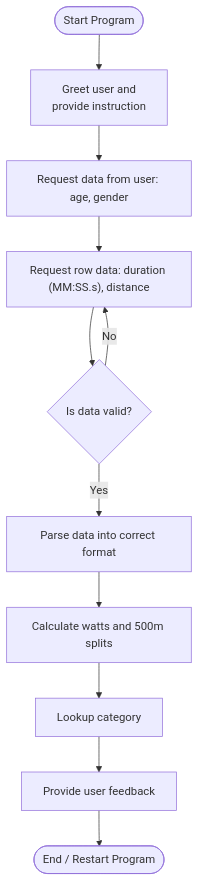
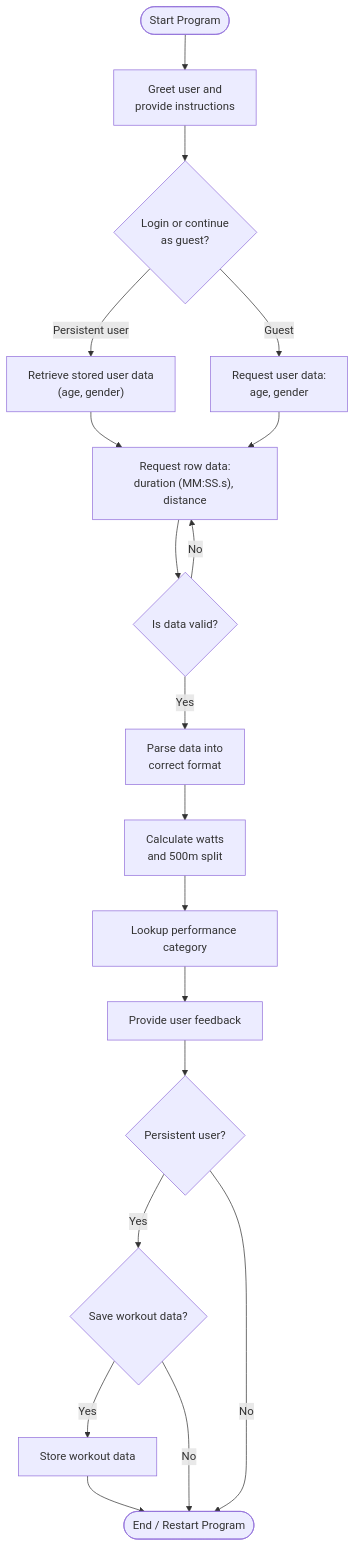
The diagram in README.md (geraldine-mor/row_assist), drawn with Mermaid before and after one commit. The commit also changed other lines of this file and 8 other files, not shown here.

Commit message:
Update readme to include mode selection and save data

````diff
--- a/README.md
+++ b/README.md
@@ -105,18 +128,32 @@
 ```mermaid
+---
+config:
+  theme: mc
+---
 flowchart TD
     A([Start Program])
-    A --> B["Greet user and<br/>provide instruction"]
+    A --> B["Greet user and<br/>provide instructions"]
 
-    B --> C["Request data from user: age, gender"]
-    C --> D["Request row data: duration (MM:SS.s), distance"]
+    B --> C{"Login or continue<br/>as guest?"}
+    C -- Persistent user --> D["Retrieve stored user data<br/>(age, gender)"]
+    C -- Guest --> E["Request user data:<br/>age, gender"]
 
-    D --> E{Is data valid?}
-    E -- No --> D
-    E -- Yes --> F["Parse data into correct format"]
+    D --> F["Request row data:<br/>duration (MM:SS.s), distance"]
+    E --> F
 
-    F --> G["Calculate watts and 500m splits"]
-    G --> H["Lookup category"]
-    H --> I["Provide user feedback"]
+    F --> G{Is data valid?}
+    G -- No --> F
+    G -- Yes --> H["Parse data into<br/>correct format"]
 
-    I --> J(["End / Restart Program"])
+    H --> I["Calculate watts<br/>and 500m split"]
+    I --> J["Lookup performance category"]
+    J --> K["Provide user feedback"]
+
+    K --> L{"Persistent user?"}
+    L -- Yes --> M{"Save workout data?"}
+    M -- Yes --> N["Store workout data"]
+    M -- No --> O(["End / Restart Program"])
+
+    L -- No --> O
+    N --> O
 ```
````
